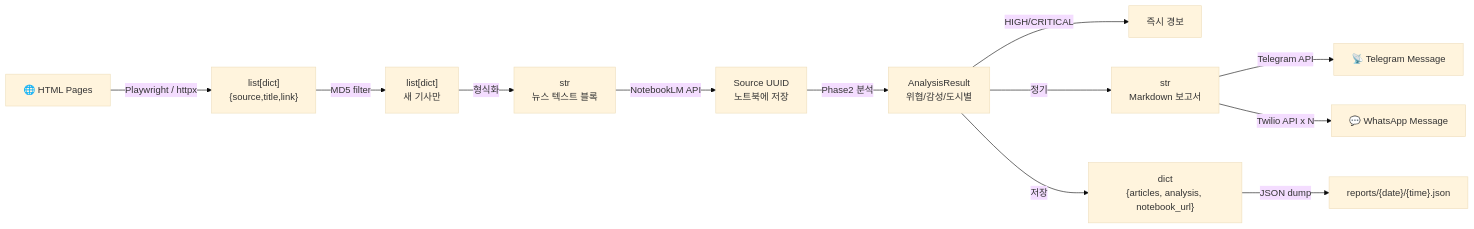
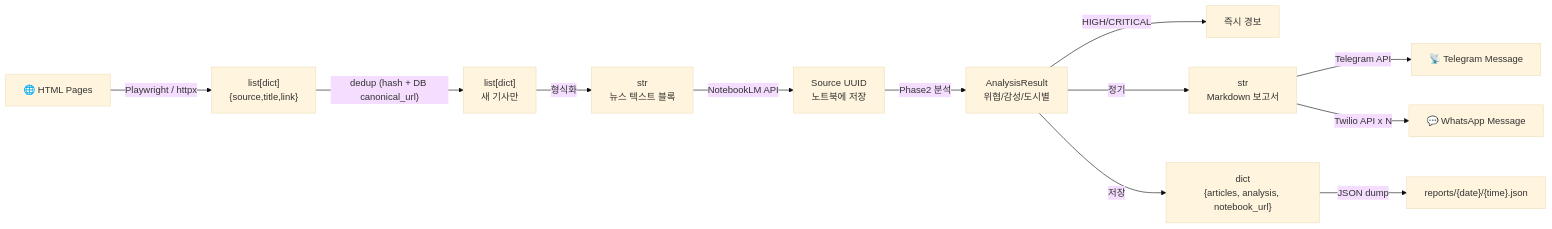
Before and after one commit to macho715/iran-war-notelm: the fourth of 7 diagrams in docs/ARCHITECTURE.md, drawn with Mermaid (base theme). The commit also changed other lines of this file and 3 other files, not shown here.

Commit message:
docs: sync changelog, readme, architecture, layout for v2.0 operations

````diff
--- a/docs/ARCHITECTURE.md
+++ b/docs/ARCHITECTURE.md
@@ -126,14 +143,14 @@
 ```mermaid
 flowchart LR
     A["🌐 HTML Pages"] -->|"Playwright / httpx"| B["list[dict]\n{source,title,link}"]
-    B -->|"MD5 filter"| C["list[dict]\n새 기사만"]
+    B -->|"dedup (hash + DB canonical_url)"| C["list[dict]\n새 기사만"]
     C -->|"형식화"| D["str\n뉴스 텍스트 블록"]
     D -->|"NotebookLM API"| E["Source UUID\n노트북에 저장"]
     E -->|"Phase2 분석"| P2["AnalysisResult\n위협/감성/도시별"]
     P2 -->|"HIGH/CRITICAL"| ALERT["즉시 경보"]
     P2 -->|"정기"| F["str\nMarkdown 보고서"]
     P2 -->|"저장"| J["dict\n{articles, analysis, notebook_url}"]
     J -->|"JSON dump"| K["reports/{date}/{time}.json"]
     F -->|"Telegram API"| G["📡 Telegram Message"]
     F -->|"Twilio API x N"| H["💬 WhatsApp Message"]
 ```
````
